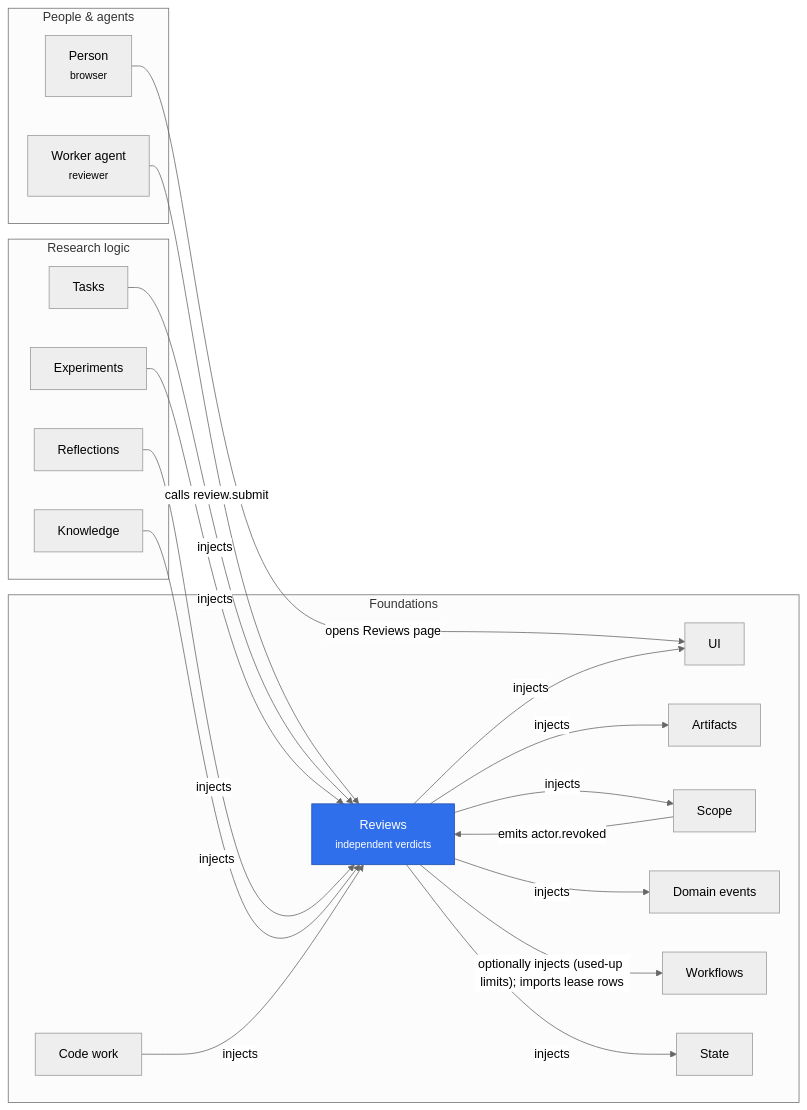
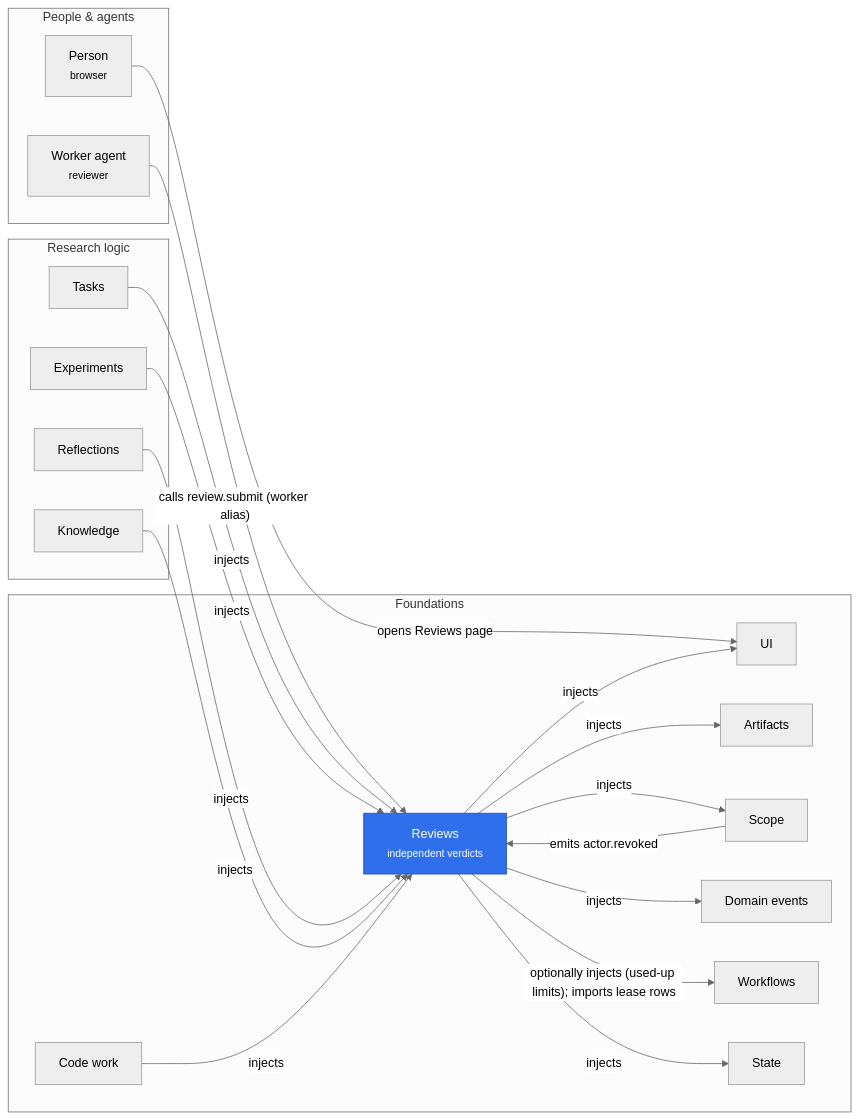
The diagram in merv-typescript/packages/reviews/README.md (rapidreview-io/Merv), drawn with Mermaid (neutral theme) before and after one commit. The commit also changed other lines of this file and 40 other files, not shown here.

````diff
--- a/merv-typescript/packages/reviews/README.md
+++ b/merv-typescript/packages/reviews/README.md
@@ -7,39 +11,39 @@
 ```mermaid
 flowchart LR
   subgraph peopleLayer["People & agents"]
     person["Person<br/><small>browser</small>"]
     workerAgent["Worker agent<br/><small>reviewer</small>"]
   end
   subgraph researchLayer["Research logic"]
     tasks["Tasks"]
     experiments["Experiments"]
     reflections["Reflections"]
     knowledge["Knowledge"]
   end
   subgraph foundationsLayer["Foundations"]
     reviews["Reviews<br/><small>independent verdicts</small>"]
     codeWork["Code work"]
     ui["UI"]
     artifacts["Artifacts"]
     scope["Scope"]
     domainEvents["Domain events"]
     workflows["Workflows"]
     state["State"]
   end
-  workerAgent -- "calls review.submit" --> reviews
+  workerAgent -- "calls review.submit (worker alias)" --> reviews
   person -- "opens Reviews page" --> ui
   reviews -- "injects" --> ui
   tasks -- "injects" --> reviews
   experiments -- "injects" --> reviews
   reflections -- "injects" --> reviews
   knowledge -- "injects" --> reviews
   codeWork -- "injects" --> reviews
   reviews -- "injects" --> artifacts
   reviews -- "injects" --> scope
   reviews -- "injects" --> domainEvents
   reviews -- "injects" --> state
   reviews -- "optionally injects (used-up limits); imports lease rows" --> workflows
   scope -- "emits actor.revoked" --> reviews
   classDef self fill:#2f6feb,color:#fff,stroke:#1f4fb0
   class reviews self
 ```
````
